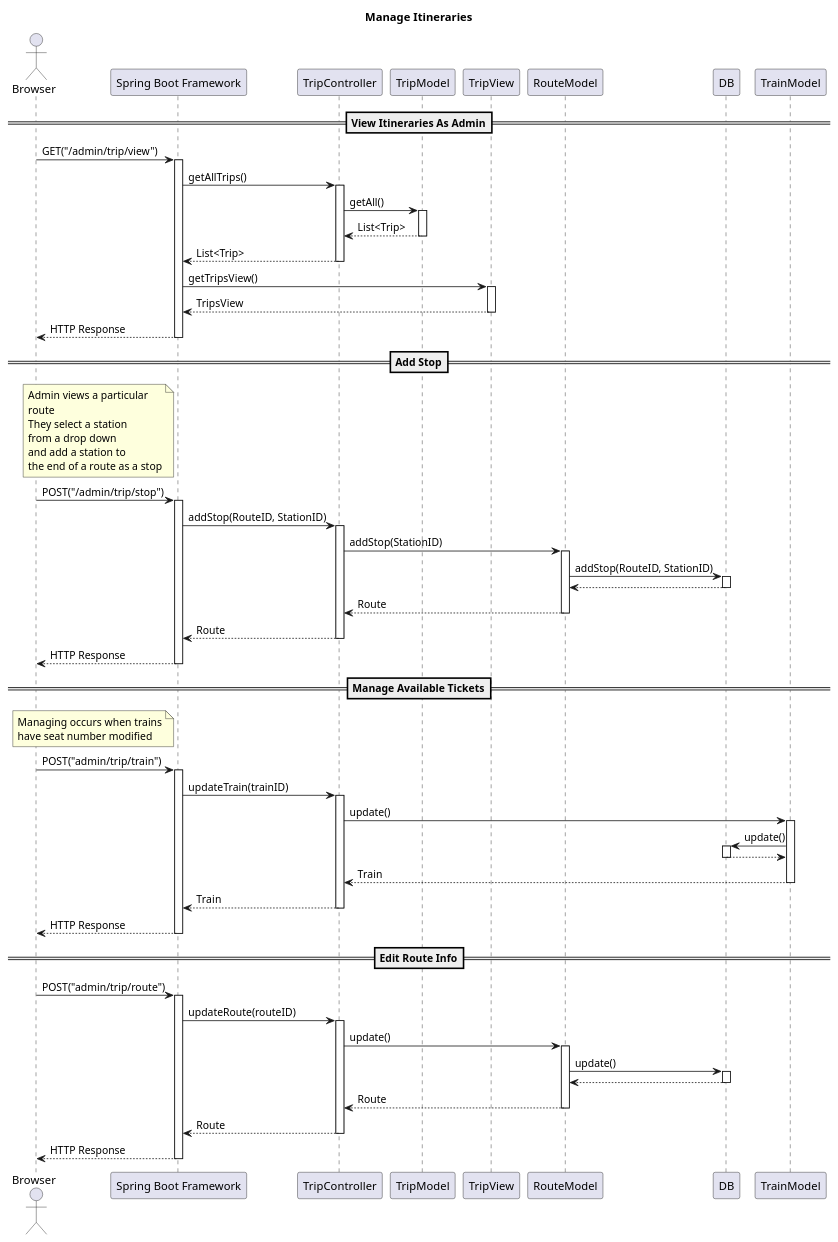
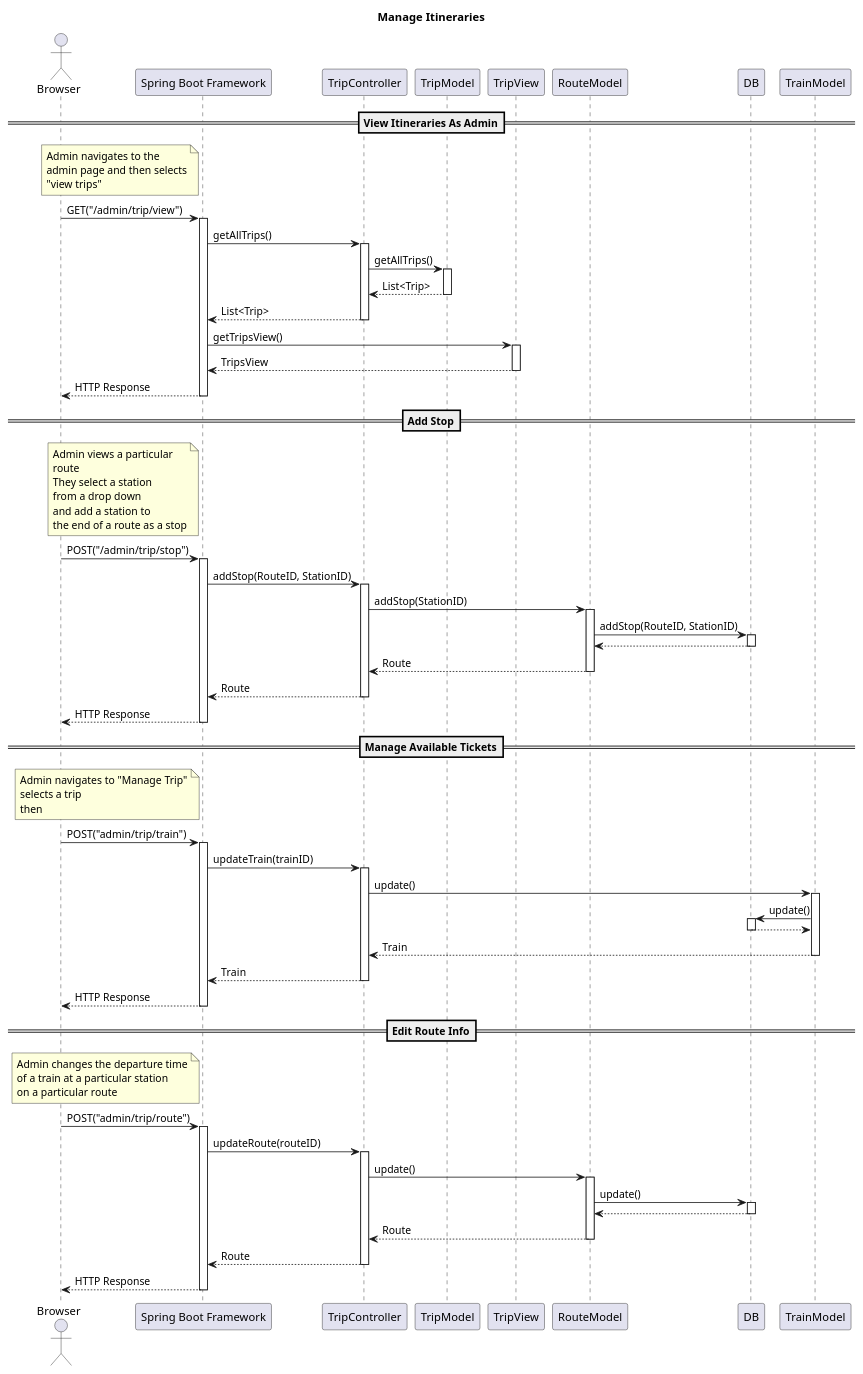
Before and after one commit to Rockie156/se577-train-system: the diagram in doc/sequence/manage_itinerary.puml, drawn with PlantUML.

Commit message:
added notes to manage itinerary sequence

```diff
--- a/doc/sequence/manage_itinerary.puml
+++ b/doc/sequence/manage_itinerary.puml
@@ -1,65 +1,76 @@
 @startuml
 title Manage Itineraries
 
 ' Move views and models together through order of declaration
 
 autoactivate on
 actor "Browser" as C
 participant "Spring Boot Framework" as SBF
 
 ' precondition: admin is logged in
 
 ==View Itineraries As Admin==
+note left of SBF
+Admin navigates to the
+admin page and then selects
+"view trips"
+end note
 ' Returns all trips in a view
 C -> SBF : GET("/admin/trip/view")
 SBF -> TripController : getAllTrips()
-TripController -> TripModel : getAll()
+TripController -> TripModel : getAllTrips()
 return List<Trip>
 return List<Trip>
 SBF -> TripView : getTripsView()
 return TripsView
 return HTTP Response
 
 ==Add Stop==
 note left of SBF
 Admin views a particular
 route
 They select a station
 from a drop down
 and add a station to
 the end of a route as a stop
 end note
 C -> SBF : POST("/admin/trip/stop")
 SBF -> TripController : addStop(RouteID, StationID)
 TripController -> RouteModel : addStop(StationID)
 RouteModel -> DB : addStop(RouteID, StationID)
 return
 return Route
 return Route
 return HTTP Response
 
 ==Manage Available Tickets==
 note left of SBF
-Managing occurs when trains
-have seat number modified
+Admin navigates to "Manage Trip"
+selects a trip
+then
 end note
 C -> SBF :POST("admin/trip/train")
 SBF -> TripController : updateTrain(trainID)
 TripController -> TrainModel : update()
 TrainModel -> DB : update()
 return
 return Train
 return Train
 
 return HTTP Response
 
 ==Edit Route Info==
+note left of SBF
+Admin changes the departure time
+of a train at a particular station
+on a particular route
+end note
 C -> SBF : POST("admin/trip/route")
 SBF -> TripController : updateRoute(routeID)
 TripController -> RouteModel : update()
 RouteModel -> DB : update()
 return
 return Route
 return Route
 return HTTP Response
 @enduml
```
